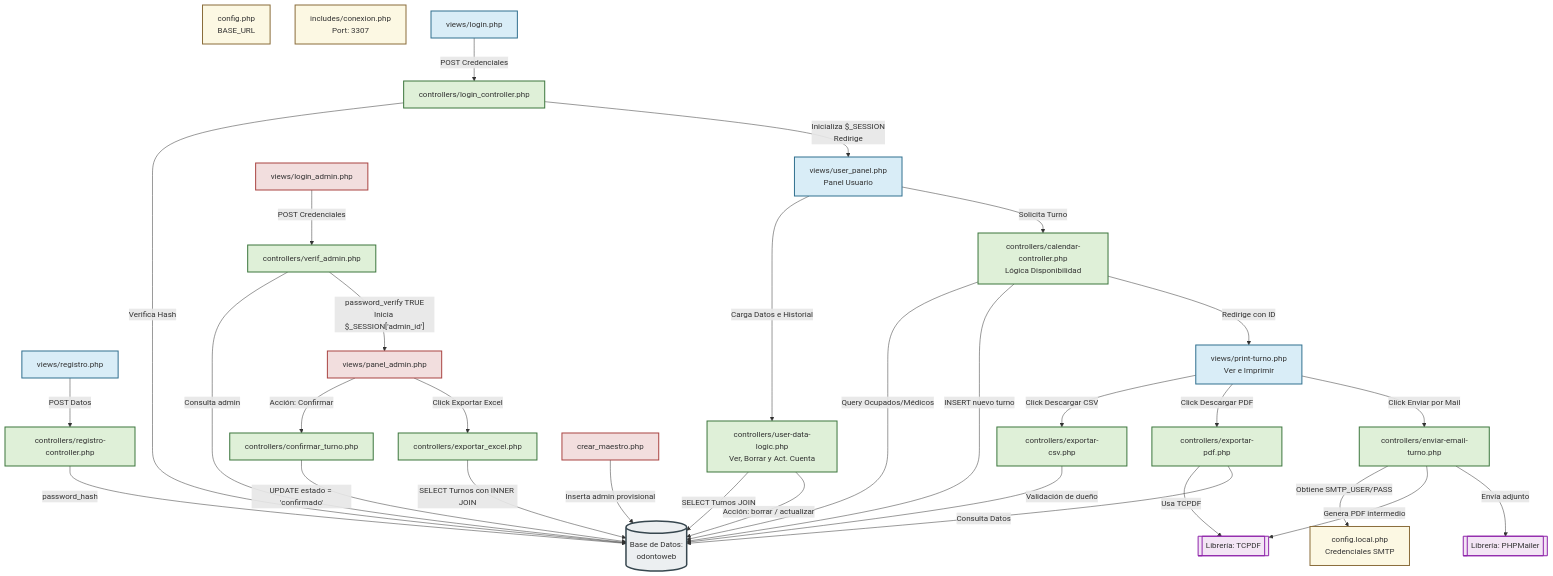
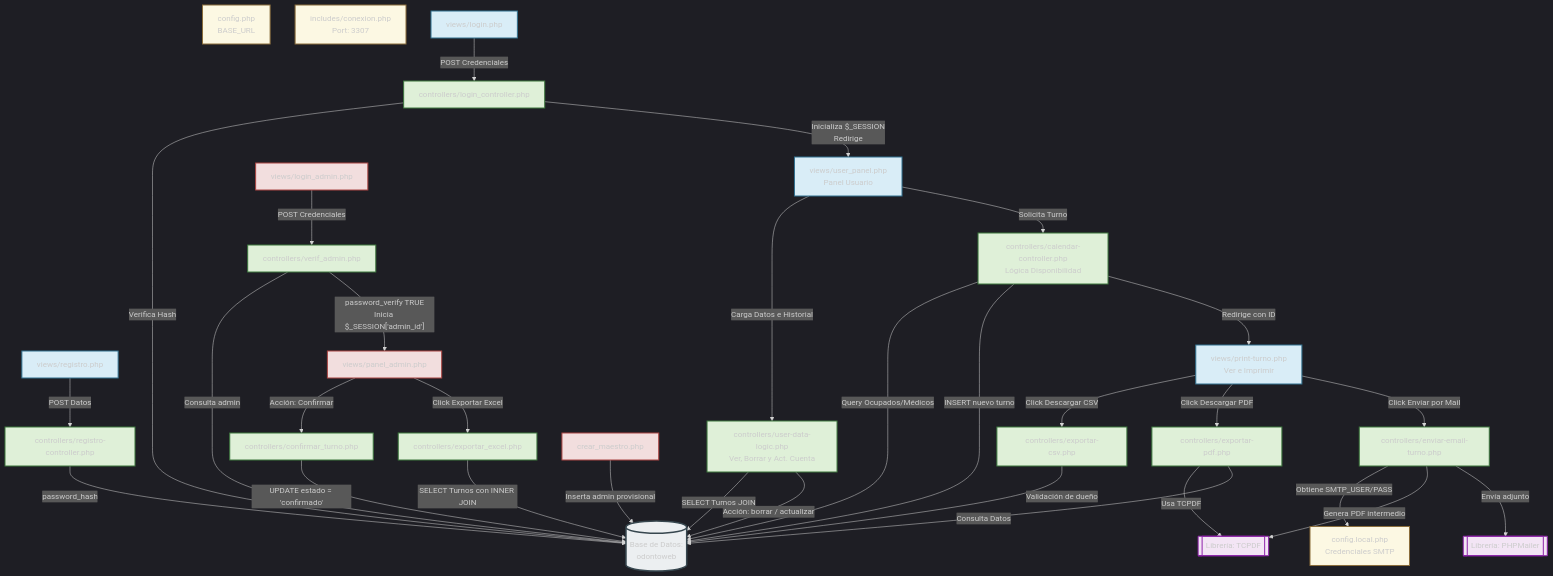
One commit to MCortinez-dev/OdontoWeb changed the diagram in README.md. Above: the diagram before and after it, drawn with Mermaid.

Commit message:
Update README with architecture diagram section

````diff
--- a/README.md
+++ b/README.md
@@ -26,81 +26,82 @@
 ```mermaid
+%%{init: {'theme': 'dark'}}%%
 graph TD
     %% Estilos de diseño
     classDef config fill:#fcf8e3,stroke:#8a6d3b,stroke-width:2px;
     classDef paciente fill:#d9edf7,stroke:#31708f,stroke-width:2px;
     classDef admin fill:#f2dede,stroke:#a94442,stroke-width:2px;
     classDef controller fill:#dff0d8,stroke:#3c763d,stroke-width:2px;
     classDef db fill:#eceff1,stroke:#37474f,stroke-width:3px;
     classDef libreria fill:#f3e5f5,stroke:#8e24aa,stroke-width:2px;
 
     %% Archivos de Configuración y Base de Datos
     DB[(Base de Datos:<br>odontoweb)]:::db
     CFG_L[config.local.php<br>Credenciales SMTP]:::config
     CFG[config.php<br>BASE_URL]:::config
     CONEX[includes/conexion.php<br>Port: 3307]:::config
 
     %% Vistas y Controladores del PACIENTE
     REG_V[views/registro.php]:::paciente
     REG_C[controllers/registro-controller.php]:::controller
     LOG_V[views/login.php]:::paciente
     LOG_C[controllers/login_controller.php]:::controller
     PAN_V[views/user_panel.php<br>Panel Usuario]:::paciente
     UD_C[controllers/user-data-logic.php<br>Ver, Borrar y Act. Cuenta]:::controller
     
     %% Calendario y Reservas
     CAL_C[controllers/calendar-controller.php<br>Lógica Disponibilidad]:::controller
     PRINT_V[views/print-turno.php<br>Ver e Imprimir]:::paciente
 
     %% Acciones de Exportación y Notificación
     EXP_CSV[controllers/exportar-csv.php]:::controller
     EXP_PDF[controllers/exportar-pdf.php]:::controller
     ENV_MAIL[controllers/enviar-email-turno.php]:::controller
     LIB_TCPDF[[Librería: TCPDF]]:::libreria
     LIB_MAIL[[Librería: PHPMailer]]:::libreria
 
     %% Flujo del ADMINISTRADOR
     MAESTRO[crear_maestro.php]:::admin
     ADM_LOG_V[views/login_admin.php]:::admin
     ADM_LOG_C[controllers/verif_admin.php]:::controller
     ADM_PAN_V[views/panel_admin.php]:::admin
     CONF_T[controllers/confirmar_turno.php]:::controller
     EXP_XLS[controllers/exportar_excel.php]:::controller
 
     %% --- RELACIONES DEL FLUJO PACIENTE ---
     REG_V -- POST Datos --> REG_C
     REG_C -- password_hash --> DB
     LOG_V -- POST Credenciales --> LOG_C
     LOG_C -- Verifica Hash --> DB
     LOG_C -- Inicializa $_SESSION<br>Redirige --> PAN_V
     
     PAN_V -- Carga Datos e Historial --> UD_C
     UD_C -- SELECT Turnos JOIN --> DB
     UD_C -- Acción: borrar / actualizar --> DB
     
     PAN_V -- Solicita Turno --> CAL_C
     CAL_C -- Query Ocupados/Médicos --> DB
     CAL_C -- INSERT nuevo turno --> DB
     CAL_C -- Redirige con ID --> PRINT_V
 
     PRINT_V -- Click Descargar CSV --> EXP_CSV
     PRINT_V -- Click Descargar PDF --> EXP_PDF
     PRINT_V -- Click Enviar por Mail --> ENV_MAIL
     
     EXP_CSV -- Validación de dueño --> DB
     EXP_PDF -- Usa TCPDF --> LIB_TCPDF
     EXP_PDF -- Consulta Datos --> DB
     ENV_MAIL -- Obtiene SMTP_USER/PASS --> CFG_L
     ENV_MAIL -- Genera PDF intermedio --> LIB_TCPDF
     ENV_MAIL -- Envía adjunto --> LIB_MAIL
 
     %% --- RELACIONES DEL FLUJO ADMINISTRADOR ---
     MAESTRO -- Inserta admin provisional --> DB
     ADM_LOG_V -- POST Credenciales --> ADM_LOG_C
     ADM_LOG_C -- Consulta admin --> DB
     ADM_LOG_C -- password_verify TRUE<br>Inicia $_SESSION['admin_id'] --> ADM_PAN_V
     
     ADM_PAN_V -- Acción: Confirmar --> CONF_T
     CONF_T -- UPDATE estado = 'confirmado' --> DB
     ADM_PAN_V -- Click Exportar Excel --> EXP_XLS
     EXP_XLS -- SELECT Turnos con INNER JOIN --> DB
 ```
````
